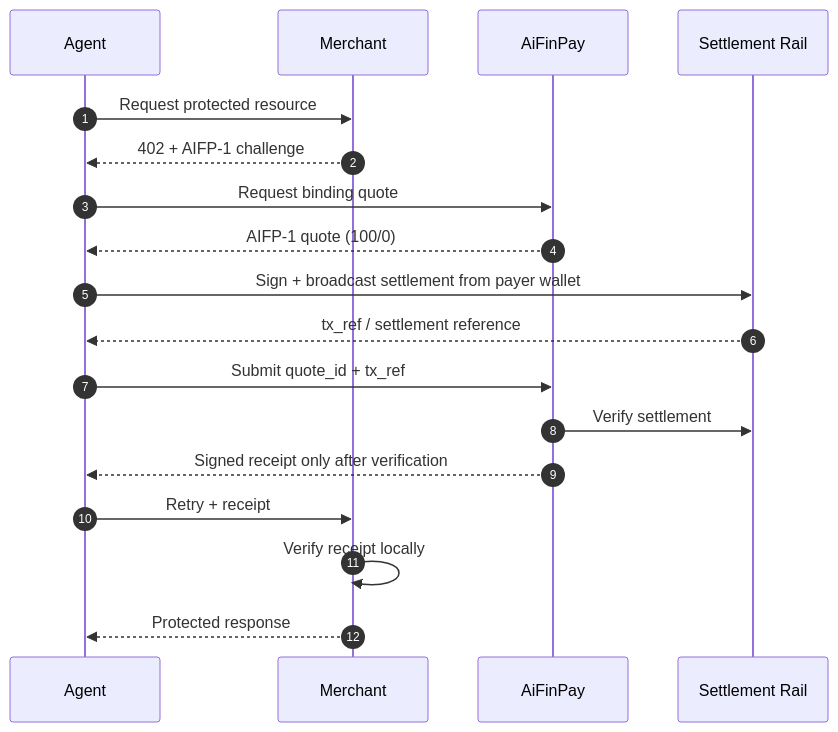
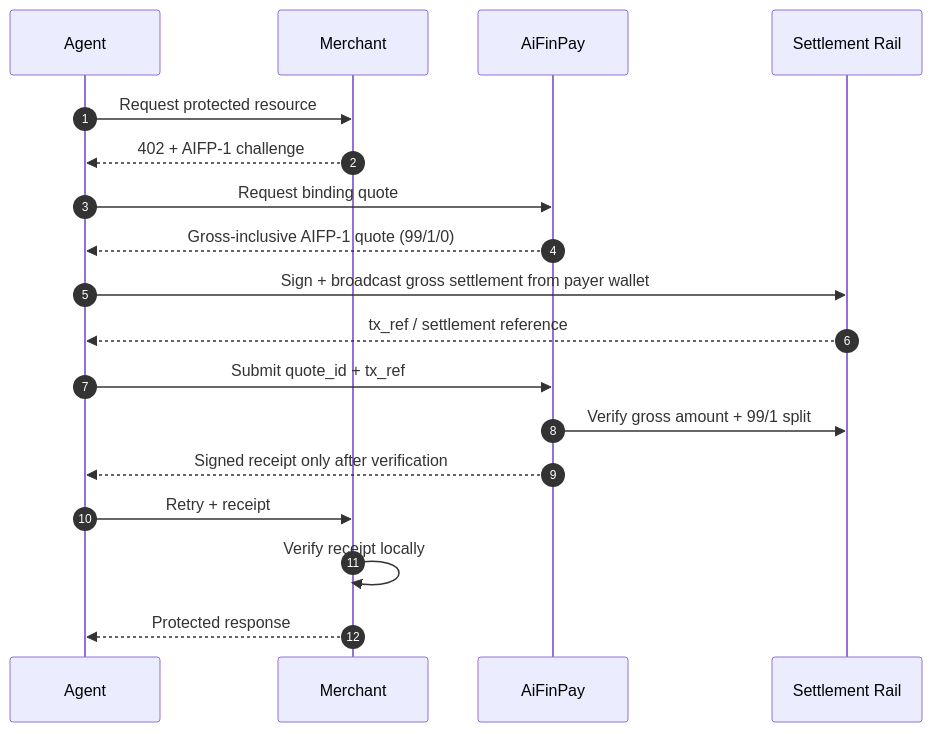
Before and after one commit to AiFinPay/AIFP-1: the diagram in docs/aifp/02-Merchant-Integration-Guide.md, drawn with Mermaid. The commit also changed other lines of this file and 34 other files, not shown here.

First line of the commit message:
AIFP-1: make gross-inclusive 99/1 economics normative

````diff
--- a/docs/aifp/02-Merchant-Integration-Guide.md
+++ b/docs/aifp/02-Merchant-Integration-Guide.md
@@ -42,21 +50,21 @@
 ```mermaid
 sequenceDiagram
     autonumber
     participant A as Agent
     participant M as Merchant
     participant P as AiFinPay
     participant R as Settlement Rail
 
     A->>M: Request protected resource
     M-->>A: 402 + AIFP-1 challenge
     A->>P: Request binding quote
-    P-->>A: AIFP-1 quote (100/0)
-    A->>R: Sign + broadcast settlement from payer wallet
+    P-->>A: Gross-inclusive AIFP-1 quote (99/1/0)
+    A->>R: Sign + broadcast gross settlement from payer wallet
     R-->>A: tx_ref / settlement reference
     A->>P: Submit quote_id + tx_ref
-    P->>R: Verify settlement
+    P->>R: Verify gross amount + 99/1 split
     P-->>A: Signed receipt only after verification
     A->>M: Retry + receipt
     M->>M: Verify receipt locally
     M-->>A: Protected response
 ```
````
